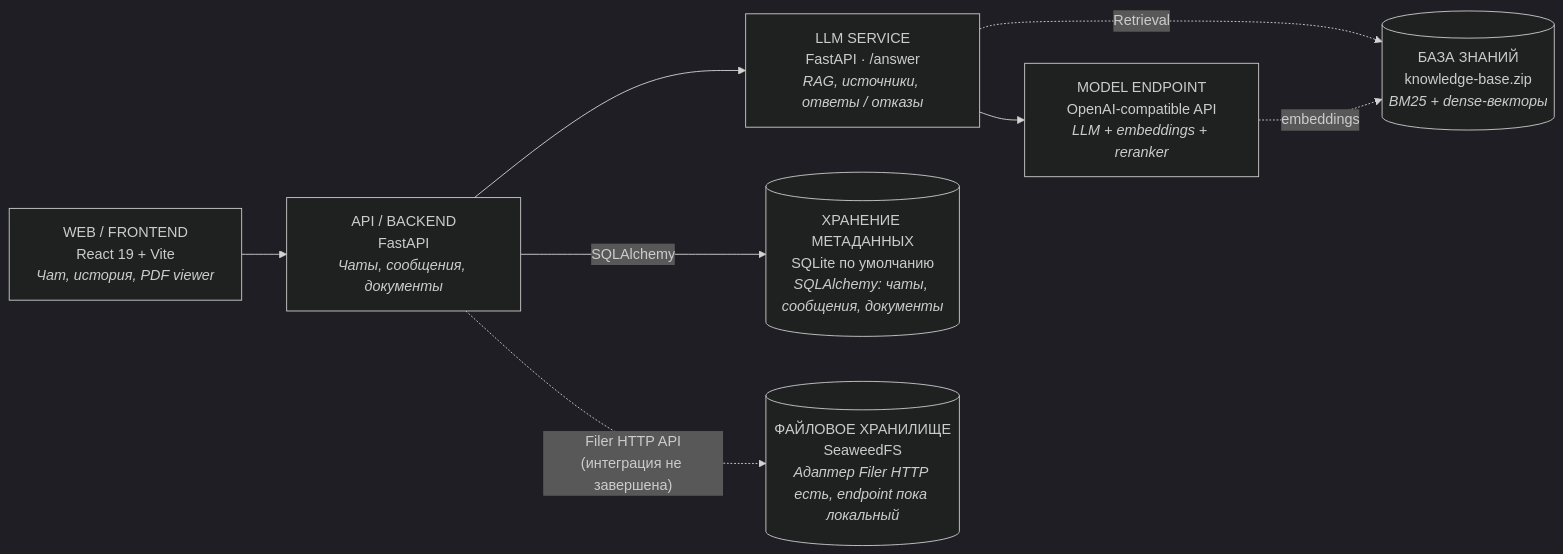
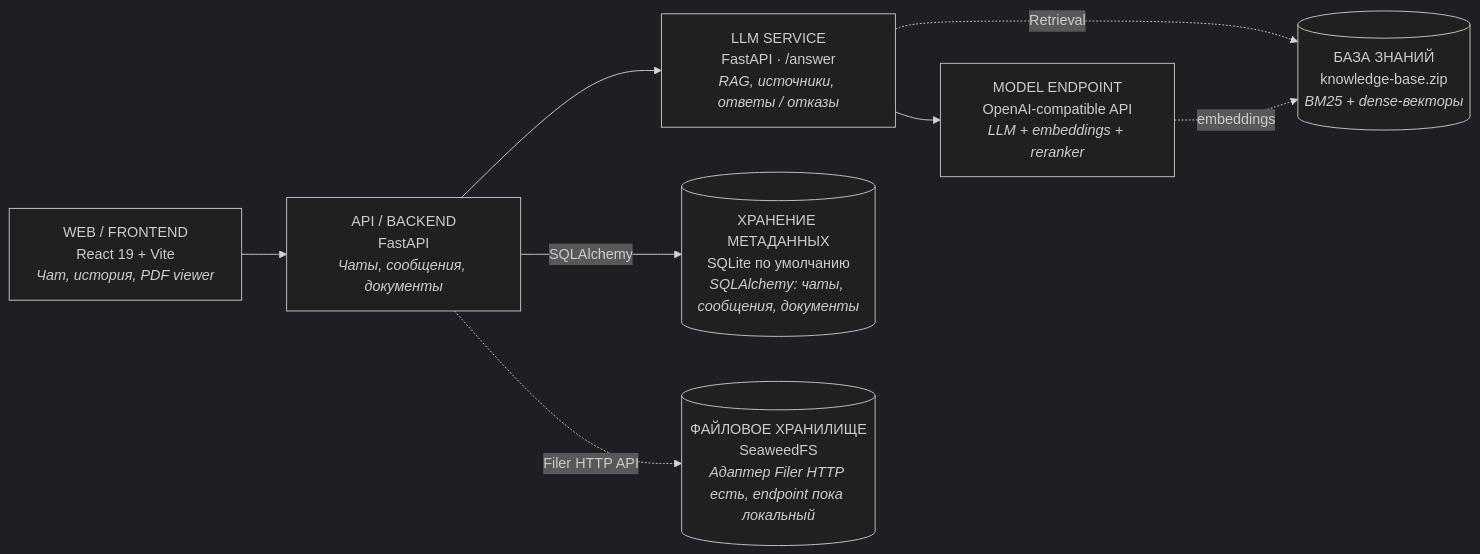
One commit to Axcellent/psb-buddy changed the diagram in README.md. Above: the diagram before and after it, drawn with Mermaid (dark theme).

````diff
--- a/README.md
+++ b/README.md
@@ -49,10 +49,10 @@
 ```mermaid
 flowchart LR
     FE["WEB / FRONTEND<br>React 19 + Vite<br><i>Чат, история, PDF viewer</i>"] --> BE["API / BACKEND<br>FastAPI<br><i>Чаты, сообщения, документы</i>"]
     BE --> LLM["LLM SERVICE<br>FastAPI · /answer<br><i>RAG, источники, ответы / отказы</i>"]
     LLM --> ME["MODEL ENDPOINT<br>OpenAI-compatible API<br><i>LLM + embeddings + reranker</i>"]
     BE -- SQLAlchemy --> DB[("ХРАНЕНИЕ МЕТАДАННЫХ<br>SQLite по умолчанию<br><i>SQLAlchemy: чаты, сообщения, документы</i>")]
-    BE -. Filer HTTP API<br>(интеграция не завершена) .-> FS[("ФАЙЛОВОЕ ХРАНИЛИЩЕ<br>SeaweedFS<br><i>Адаптер Filer HTTP есть, endpoint пока локальный</i>")]
+    BE -. Filer HTTP API<br> .-> FS[("ФАЙЛОВОЕ ХРАНИЛИЩЕ<br>SeaweedFS<br><i>Адаптер Filer HTTP есть, endpoint пока локальный</i>")]
     LLM -. "Retrieval<br>" .-> KB[("БАЗА ЗНАНИЙ<br>knowledge-base.zip<br><i>BM25 + dense-векторы</i>")]
     ME -. embeddings .-> KB
 ```
````
